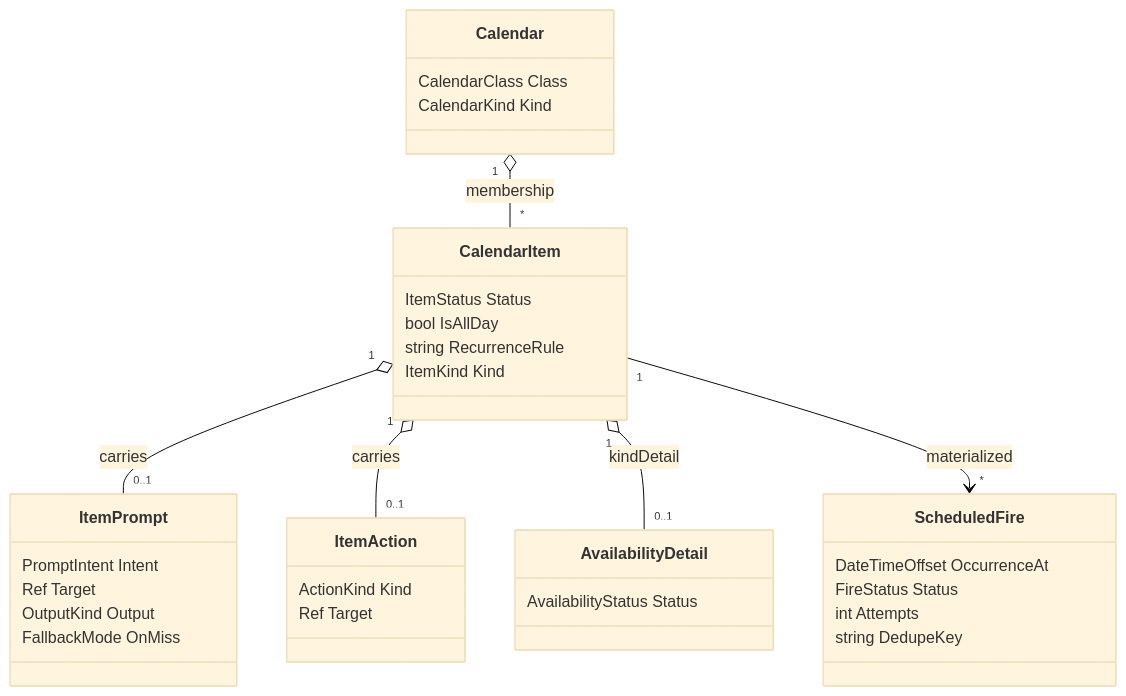
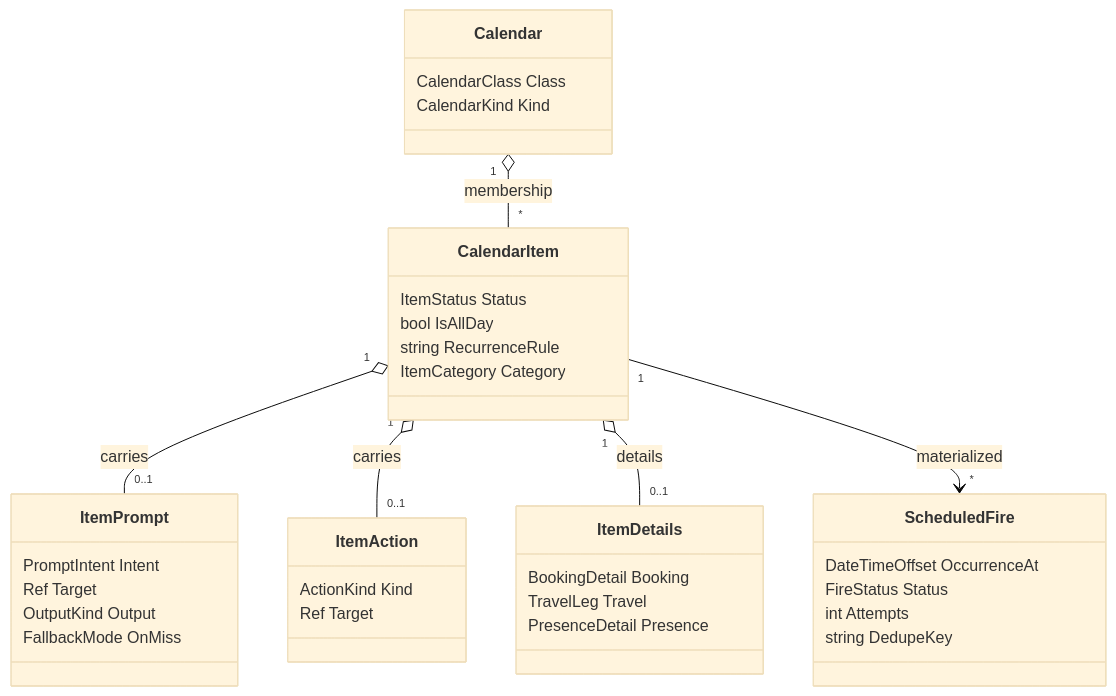
One commit to danbro96/LupiraCalApi changed the first of 2 diagrams in docs/temporal-backbone.md. Above: the diagram before and after it, drawn with Mermaid (base theme). The commit also changed other lines of this file, not shown here.

````diff
--- a/docs/temporal-backbone.md
+++ b/docs/temporal-backbone.md
@@ -32,37 +32,39 @@
 ```mermaid
 classDiagram
   class Calendar {
     CalendarClass Class
     CalendarKind Kind
   }
   class CalendarItem {
     ItemStatus Status
     bool IsAllDay
     string RecurrenceRule
-    ItemKind Kind
+    ItemCategory Category
   }
   class ItemPrompt {
     PromptIntent Intent
     Ref Target
     OutputKind Output
     FallbackMode OnMiss
   }
   class ItemAction {
     ActionKind Kind
     Ref Target
   }
-  class AvailabilityDetail {
-    AvailabilityStatus Status
+  class ItemDetails {
+    BookingDetail Booking
+    TravelLeg Travel
+    PresenceDetail Presence
   }
   class ScheduledFire {
     DateTimeOffset OccurrenceAt
     FireStatus Status
     int Attempts
     string DedupeKey
   }
   Calendar "1" o-- "*" CalendarItem : membership
   CalendarItem "1" o-- "0..1" ItemPrompt : carries
   CalendarItem "1" o-- "0..1" ItemAction : carries
-  CalendarItem "1" o-- "0..1" AvailabilityDetail : kindDetail
+  CalendarItem "1" o-- "0..1" ItemDetails : details
   CalendarItem "1" --> "*" ScheduledFire : materialized
 ```
````
